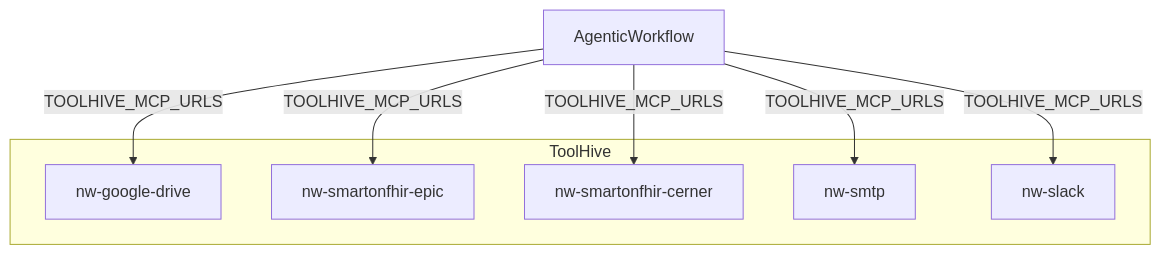
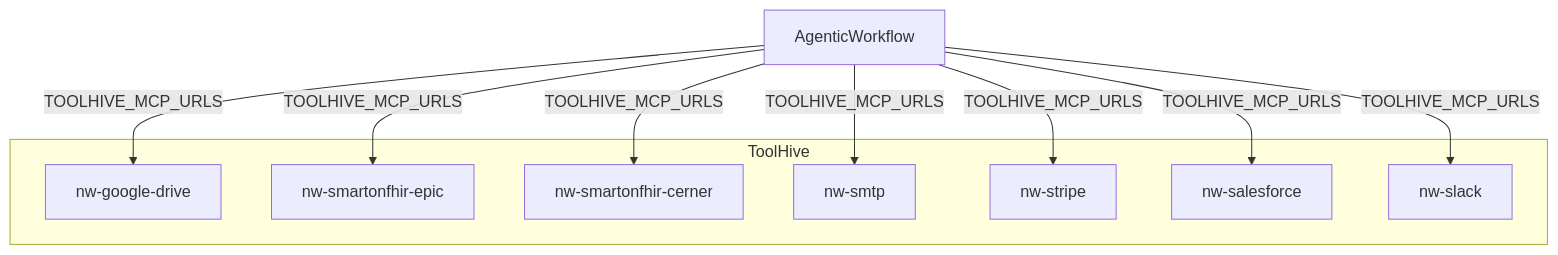
Before and after one commit to AOT-Technologies/node-wire: the diagram in docs/mcp-servers.md, drawn with Mermaid. The commit also changed other lines of this file and 6 other files, not shown here.

````diff
--- a/docs/mcp-servers.md
+++ b/docs/mcp-servers.md
@@ -33,16 +33,20 @@
 ```mermaid
 flowchart TD
     Agent[AgenticWorkflow]
     subgraph toolhive[ToolHive]
         GDrive[nw-google-drive]
         Epic[nw-smartonfhir-epic]
         Cerner[nw-smartonfhir-cerner]
         SMTP[nw-smtp]
+        Stripe[nw-stripe]
+        Salesforce[nw-salesforce]
         Slack[nw-slack]
     end
     Agent -->|"TOOLHIVE_MCP_URLS"| GDrive
     Agent -->|"TOOLHIVE_MCP_URLS"| Epic
     Agent -->|"TOOLHIVE_MCP_URLS"| Cerner
     Agent -->|"TOOLHIVE_MCP_URLS"| SMTP
+    Agent -->|"TOOLHIVE_MCP_URLS"| Stripe
+    Agent -->|"TOOLHIVE_MCP_URLS"| Salesforce
     Agent -->|"TOOLHIVE_MCP_URLS"| Slack
 ```
````
